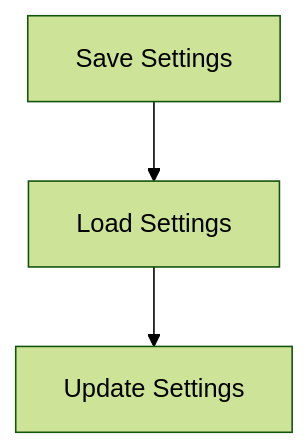
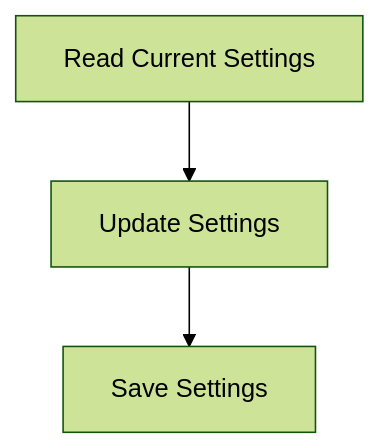
One commit to mmethodz/dreamgraph changed the diagram in docs/workflows/settings-persistence.md. Above: the diagram before and after it, drawn with Mermaid (forest theme). The commit also changed other lines of this file and 238 other files, not shown here.

````diff
--- a/docs/workflows/settings-persistence.md
+++ b/docs/workflows/settings-persistence.md
@@ -10,8 +10,8 @@
 ```mermaid
 flowchart TD
-    S1["Save Settings"]
-    S2["Load Settings"]
+    S1["Read Current Settings"]
+    S2["Update Settings"]
     S1 --> S2
-    S3["Update Settings"]
+    S3["Save Settings"]
     S2 --> S3
 ```
````
